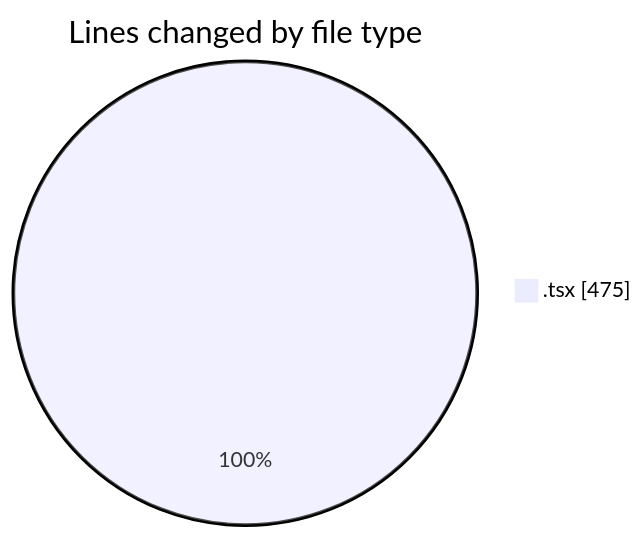
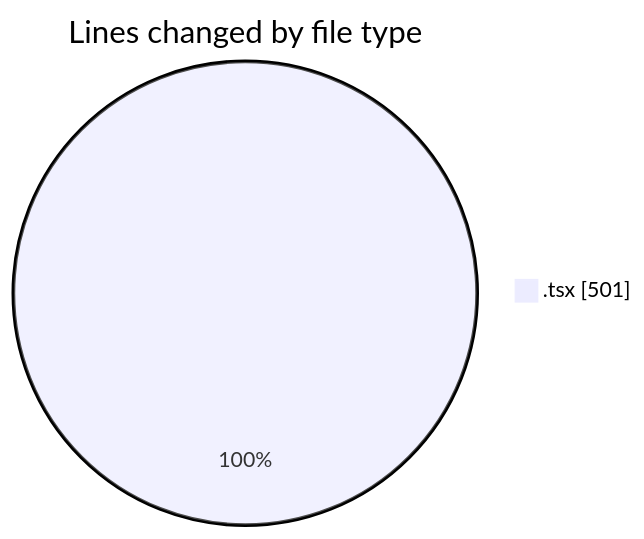
Before and after one commit to nxtqubesakshisongat/code-tracking: the first of 2 diagrams in 2026-05-25/nxtqube_webapp/README.md, drawn with Mermaid. The commit also changed other lines of this file and 1 other file, not shown here.

````diff
--- a/2026-05-25/nxtqube_webapp/README.md
+++ b/2026-05-25/nxtqube_webapp/README.md
@@ -20,5 +20,5 @@
 ```mermaid
 pie showData
 title Lines changed by file type
-".tsx" : 475
+".tsx" : 501
 ```
````
